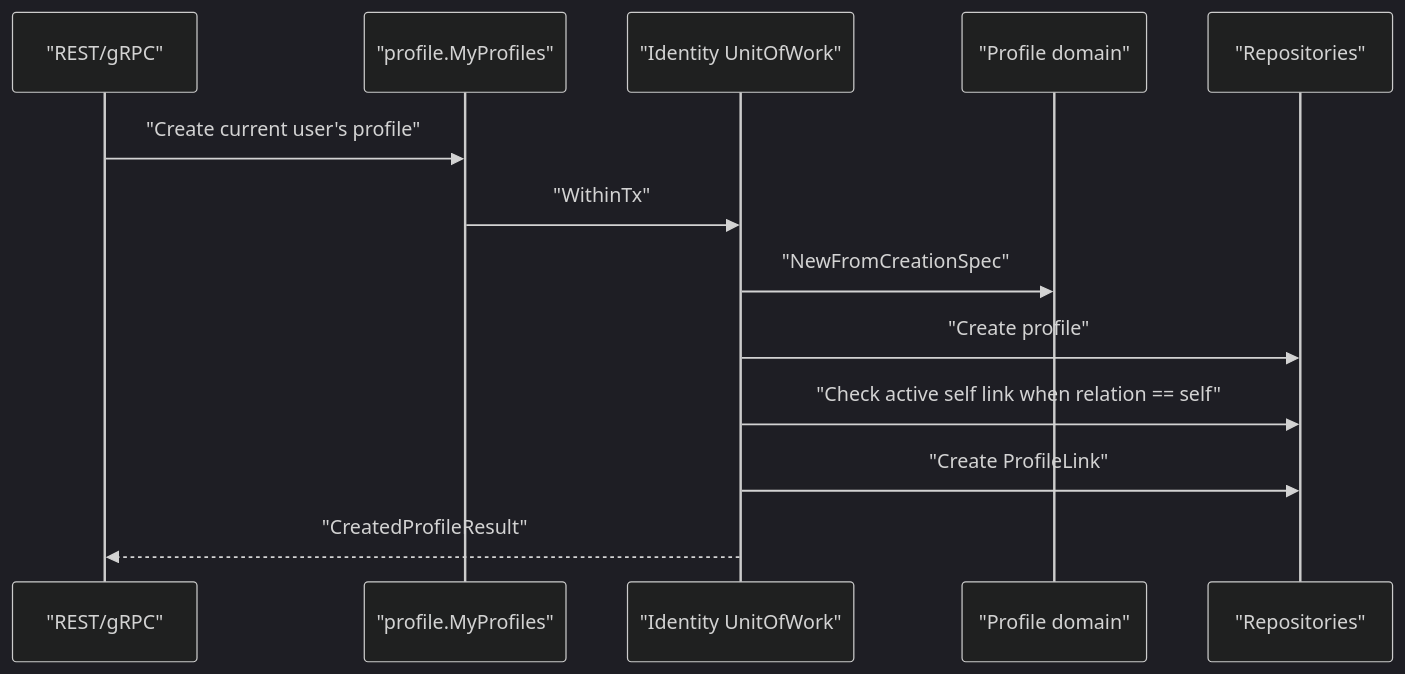
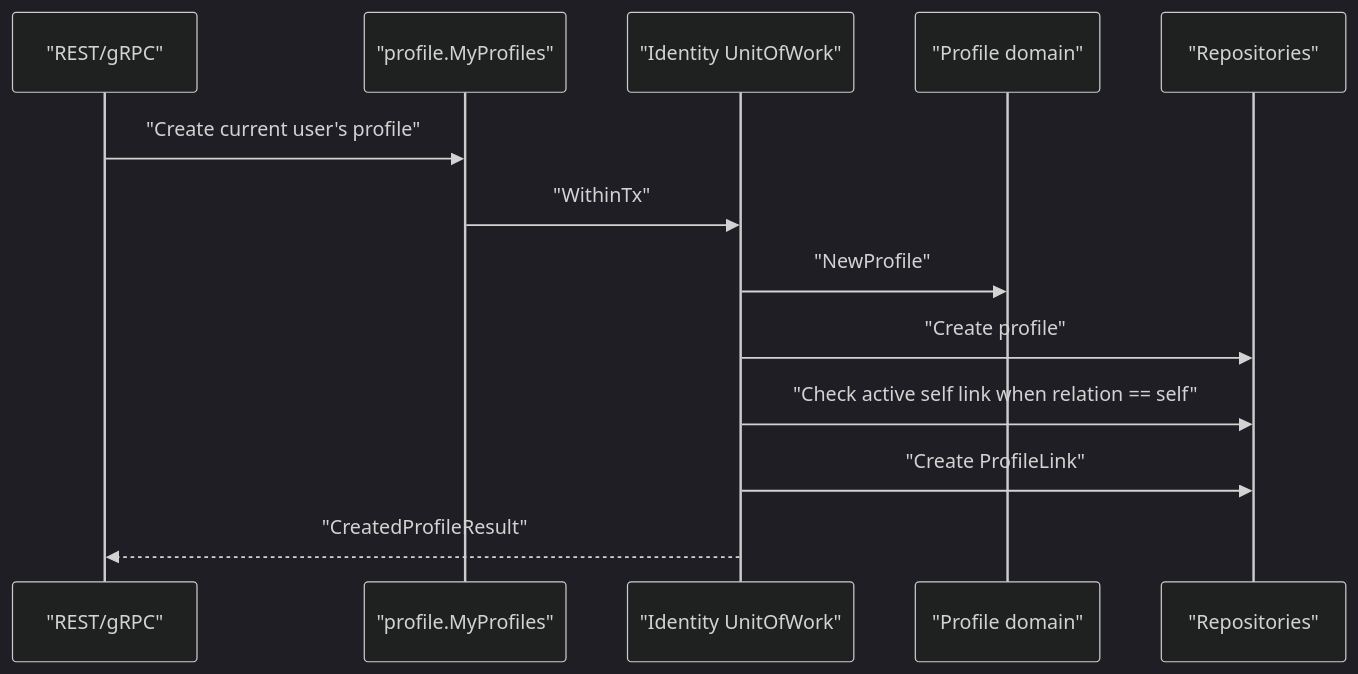
One commit to FangcunMount/iam changed the fourth of 5 diagrams in docs/_archive/02-业务域/03-user-用户&儿童&ProfileLink.md. Above: the diagram before and after it, drawn with Mermaid (dark theme). The commit also changed other lines of this file and 65 other files, not shown here.

````diff
--- a/docs/_archive/02-业务域/03-user-用户&儿童&ProfileLink.md
+++ b/docs/_archive/02-业务域/03-user-用户&儿童&ProfileLink.md
@@ -161,16 +157,16 @@
 ```mermaid
 sequenceDiagram
     participant Client as "REST/gRPC"
     participant MyProfiles as "profile.MyProfiles"
     participant UoW as "Identity UnitOfWork"
     participant Profile as "Profile domain"
     participant Repo as "Repositories"
 
     Client->>MyProfiles: "Create current user's profile"
     MyProfiles->>UoW: "WithinTx"
-    UoW->>Profile: "NewFromCreationSpec"
+    UoW->>Profile: "NewProfile"
     UoW->>Repo: "Create profile"
     UoW->>Repo: "Check active self link when relation == self"
     UoW->>Repo: "Create ProfileLink"
     UoW-->>Client: "CreatedProfileResult"
 ```
````
